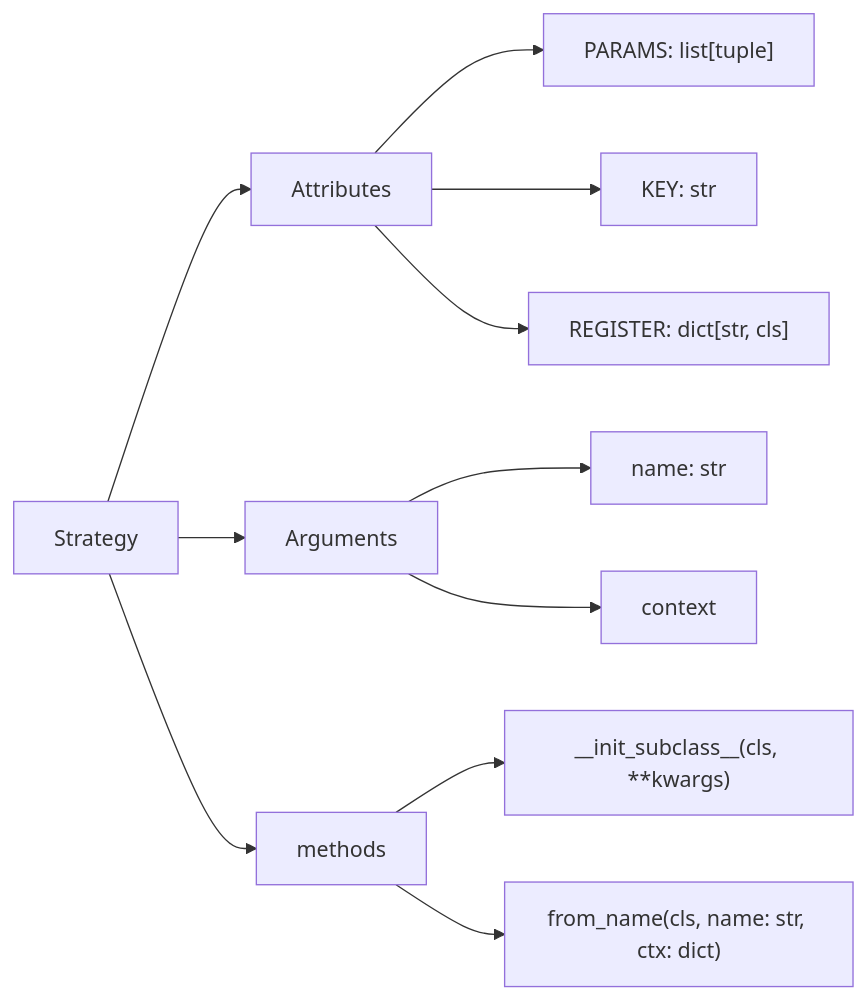
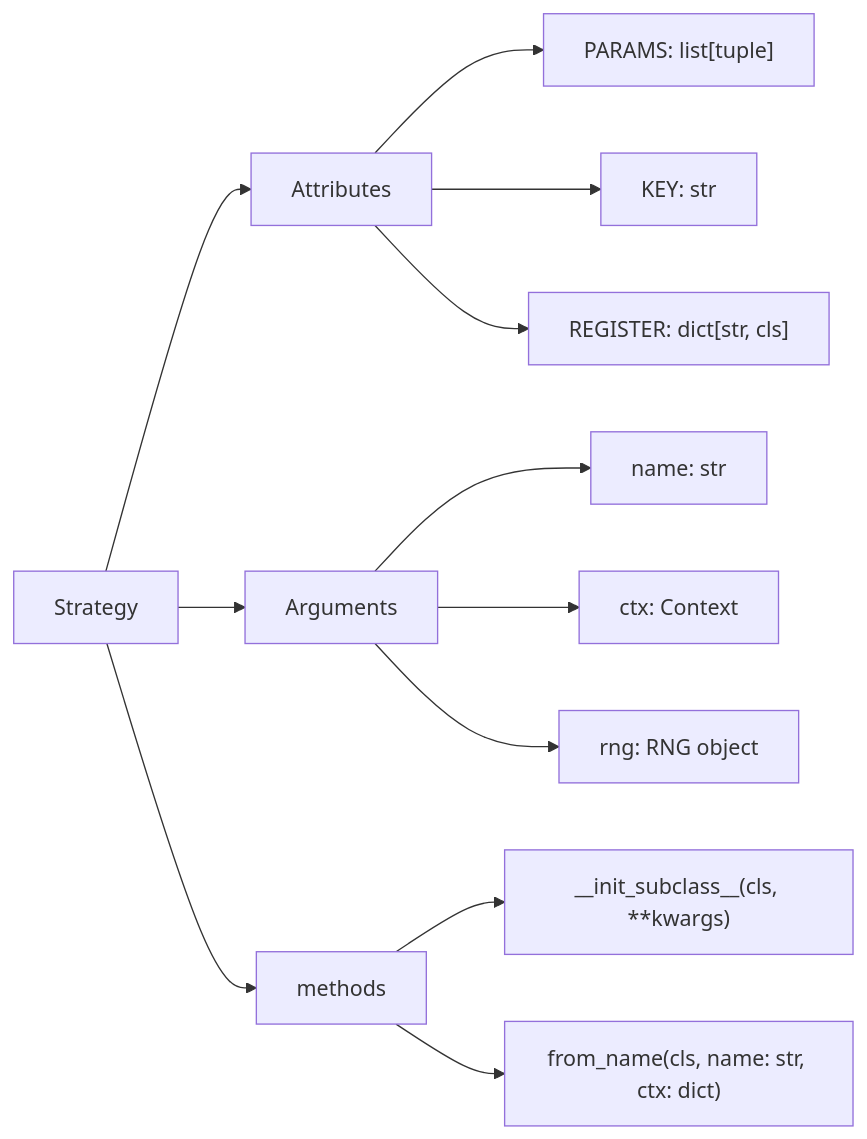
One commit to ynkos22/BalloonGame changed the diagram in design/strategy.md. Above: the diagram before and after it, drawn with Mermaid. The commit also changed 6 other files, not shown here.

````diff
--- a/design/strategy.md
+++ b/design/strategy.md
@@ -14,24 +14,25 @@
 ```mermaid
 flowchart LR
 attr["Attributes"]
 args["Arguments"]
 methods["methods"]
 params["PARAMS: list[tuple]"]
 register["REGISTER: dict[str, cls]"]
 key["KEY: str"]
 name["name: str"]
-ctx["context"]
+ctx["ctx: Context"]
+rng[rng: RNG object]
 Strategy["Strategy"]
 init["__init_subclass__(cls, **kwargs)"]
 from_name["from_name(cls, name: str, ctx: dict)"]
 
 Strategy --> attr
 Strategy --> args
 Strategy --> methods
 
 
-args --> name & ctx
+args --> name & ctx & rng
 attr --> params & key & register
 methods --> init & from_name
 
 ```
````
